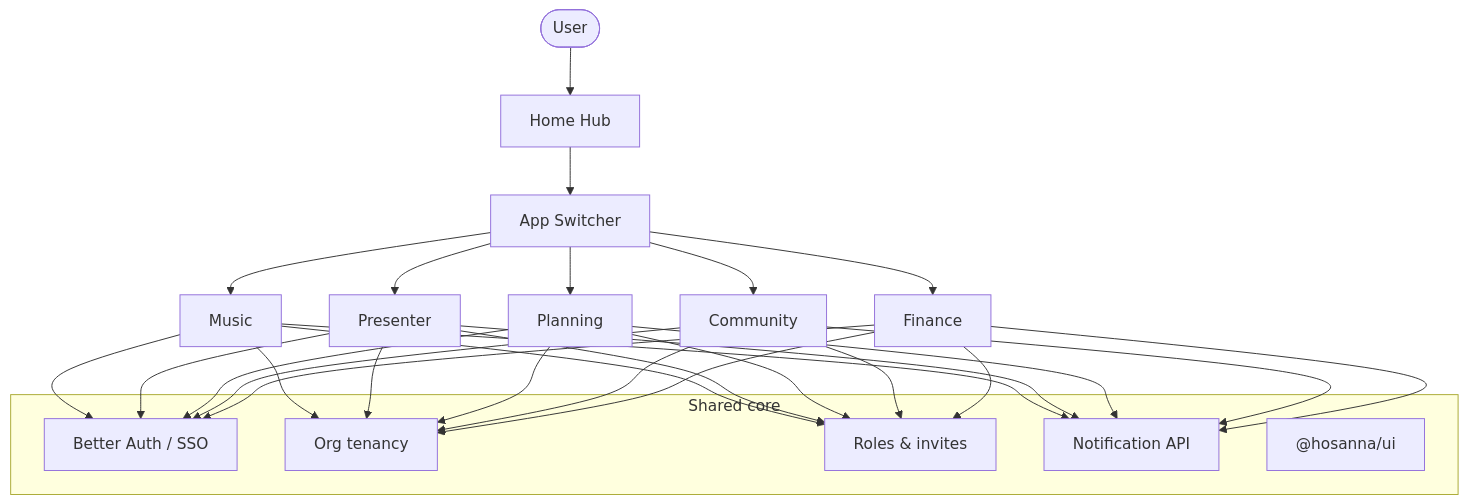
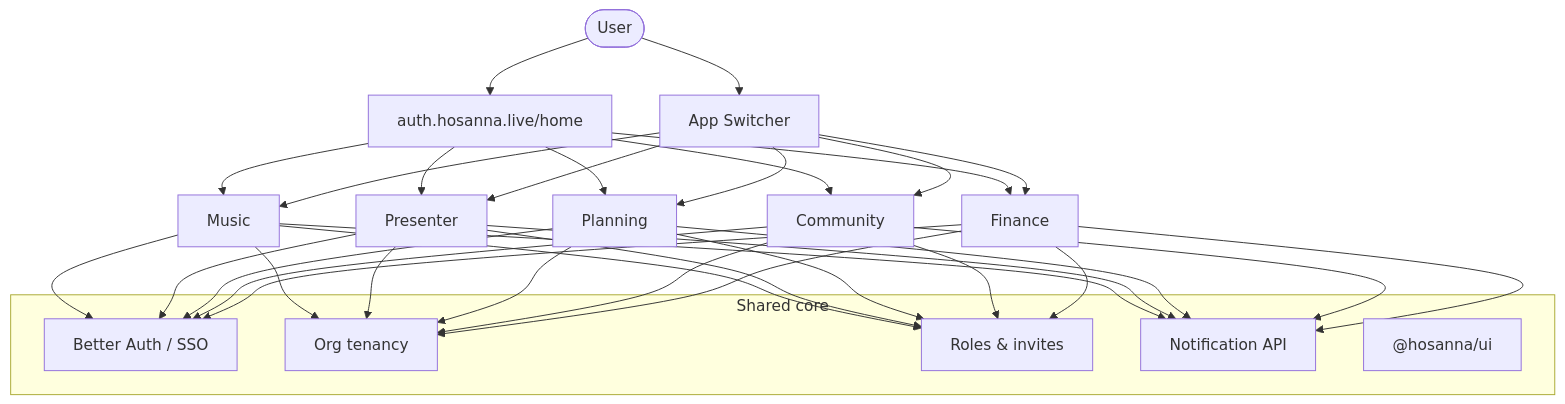
The third of 4 diagrams in docs/FUTURE_DIRECTION.md (Apoll011/hosanna-suite), drawn with Mermaid before and after one commit. The commit also changed other lines of this file, not shown here.

Commit message:
feat: update Future Direction document with clarifications on auth home and app switcher

````diff
--- a/docs/FUTURE_DIRECTION.md
+++ b/docs/FUTURE_DIRECTION.md
@@ -241,23 +241,28 @@
 ```mermaid
 flowchart TD
-    User([User]) --> Hub[Home Hub]
-    Hub --> Switcher[App Switcher]
-    Switcher --> Music[Music]
-    Switcher --> Presenter[Presenter]
-    Switcher --> Planning[Planning]
-    Switcher --> Community[Community]
-    Switcher --> Finance[Finance]
+    User([User]) --> AuthHome["auth.hosanna.live/home"]
+    User --> Switcher[App Switcher]
+    AuthHome --> Music[Music]
+    AuthHome --> Presenter[Presenter]
+    AuthHome --> Planning[Planning]
+    AuthHome --> Community[Community]
+    AuthHome --> Finance[Finance]
+    Switcher --> Music
+    Switcher --> Presenter
+    Switcher --> Planning
+    Switcher --> Community
+    Switcher --> Finance
 
     subgraph Shared ["Shared core"]
         Auth[Better Auth / SSO]
         Tenant[Org tenancy]
         RBAC[Roles & invites]
         Notif[Notification API]
         UI["@hosanna/ui"]
     end
 
     Music & Presenter & Planning & Community & Finance --> Auth
     Music & Presenter & Planning & Community & Finance --> Tenant
     Music & Presenter & Planning & Community & Finance --> RBAC
     Music & Presenter & Planning & Community & Finance --> Notif
 ```
````
